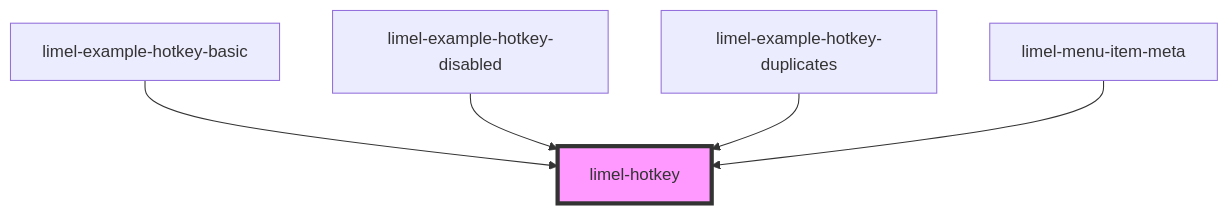
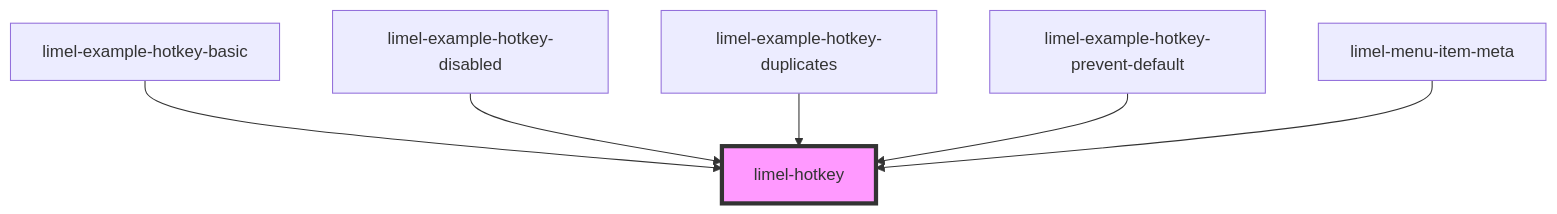
Before and after one commit to Lundalogik/lime-elements: the diagram in versions/PR-3818/markdown-docs/components/hotkey/readme.md, drawn with Mermaid. The commit also changed other lines of this file and 274 other files, not shown here.

````diff
--- a/versions/PR-3818/markdown-docs/components/hotkey/readme.md
+++ b/versions/PR-3818/markdown-docs/components/hotkey/readme.md
@@ -36,8 +38,9 @@
 ```mermaid
 graph TD;
   limel-example-hotkey-basic --> limel-hotkey
   limel-example-hotkey-disabled --> limel-hotkey
   limel-example-hotkey-duplicates --> limel-hotkey
+  limel-example-hotkey-prevent-default --> limel-hotkey
   limel-menu-item-meta --> limel-hotkey
   style limel-hotkey fill:#f9f,stroke:#333,stroke-width:4px
 ```
````
